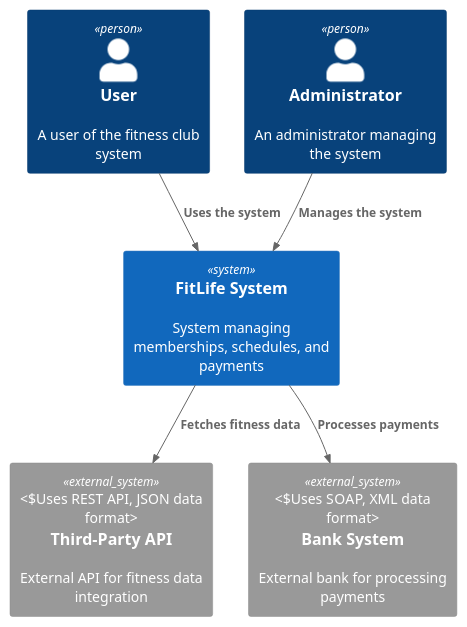
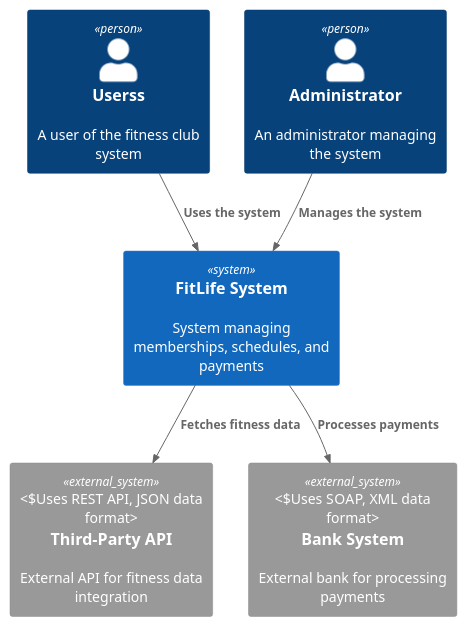
Before and after one commit to ISamburskiy/architecture-warmhouse: the diagram in diagrams/AS_IS/context/_context.puml, drawn with PlantUML.

```diff
--- a/diagrams/AS_IS/context/_context.puml
+++ b/diagrams/AS_IS/context/_context.puml
@@ -1,13 +1,13 @@
 @startuml qwe
 !includeurl https://raw.githubusercontent.com/RicardoNiepel/C4-PlantUML/master/C4_Component.puml
-Person(user, "User", "A user of the fitness club system")
+Person(user, "Userss", "A user of the fitness club system")
 Person(admin, "Administrator", "An administrator managing the system")
 System(FitLifeSystem, "FitLife System", "System managing memberships, schedules, and payments")
 
 System_Ext(api, "Third-Party API", "External API for fitness data integration", "Uses REST API, JSON data format")
 System_Ext(bank, "Bank System", "External bank for processing payments", "Uses SOAP, XML data format")
 Rel(user, FitLifeSystem, "Uses the system")
 Rel(admin,FitLifeSystem,"Manages the system")
 Rel(FitLifeSystem,api,"Fetches fitness data")
 Rel(FitLifeSystem,bank,"Processes payments")
 @enduml 
```
